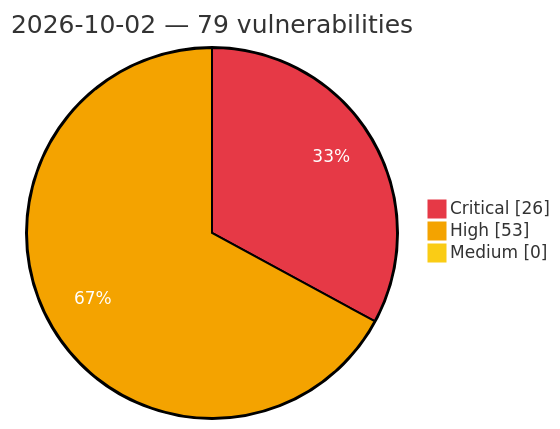
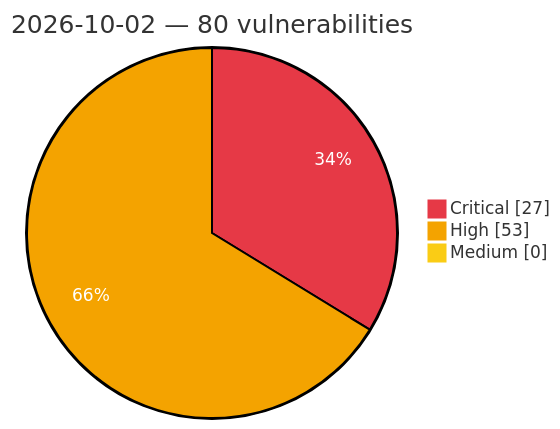
One commit to GhostX0X/vuln-tracker changed the diagram in vulnerabilities/2026/October/2026-10-02.md. Above: the diagram before and after it, drawn with Mermaid. The commit also changed other lines of this file and 8 other files, not shown here.

````diff
--- a/vulnerabilities/2026/October/2026-10-02.md
+++ b/vulnerabilities/2026/October/2026-10-02.md
@@ -3,8 +3,8 @@
 ```mermaid
 %%{init: {'theme':'base', 'themeVariables': {'pie1':'#e63946', 'pie2':'#f4a300', 'pie3':'#facc15', 'pieOpacity':'1', 'pieOuterStrokeWidth':'2px', 'pieSectionTextColor':'#ffffff'}}}%%
 pie showData
-    title 2026-10-02 — 79 vulnerabilities
-    "Critical" : 26
+    title 2026-10-02 — 80 vulnerabilities
+    "Critical" : 27
     "High" : 53
     "Medium" : 0
 ```
````
